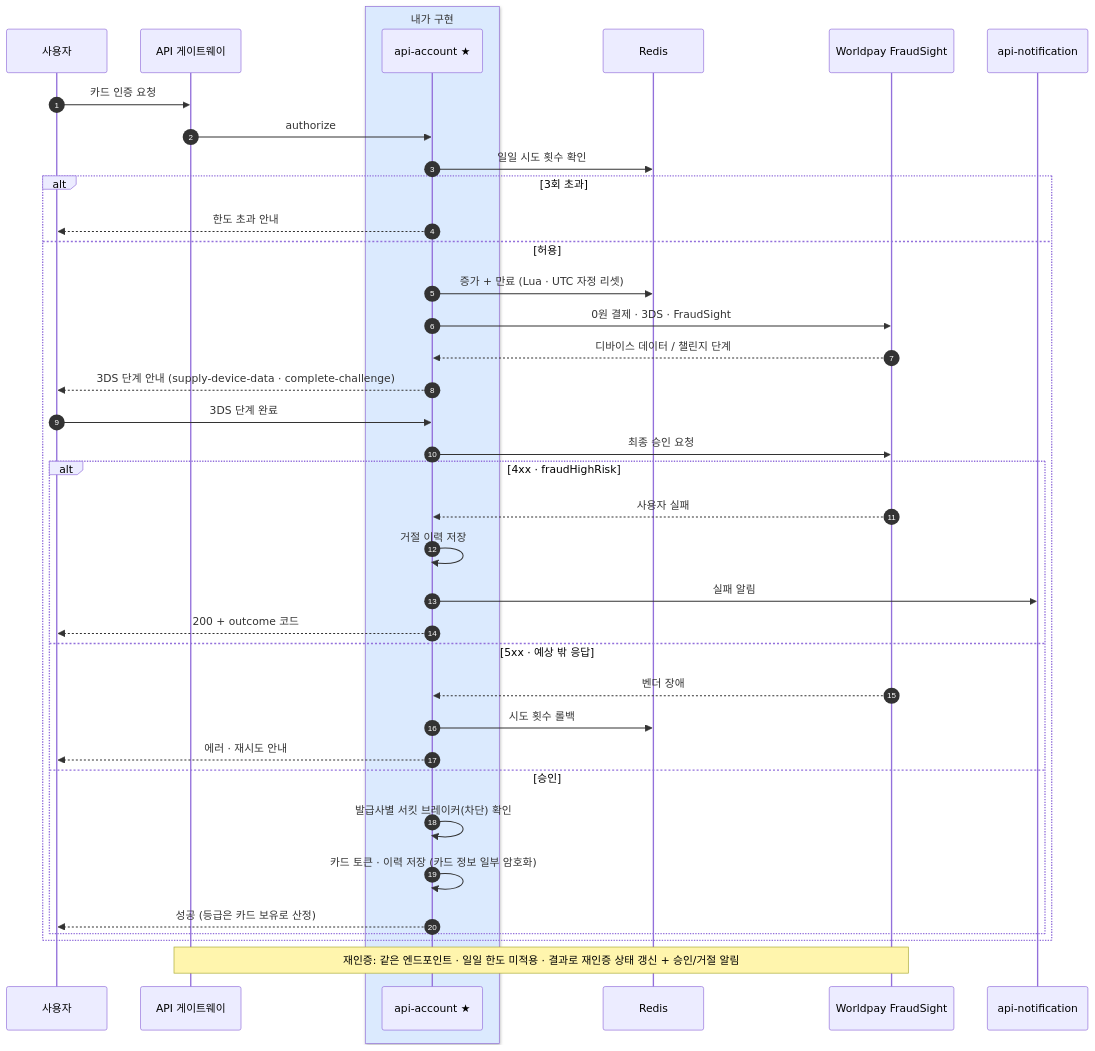
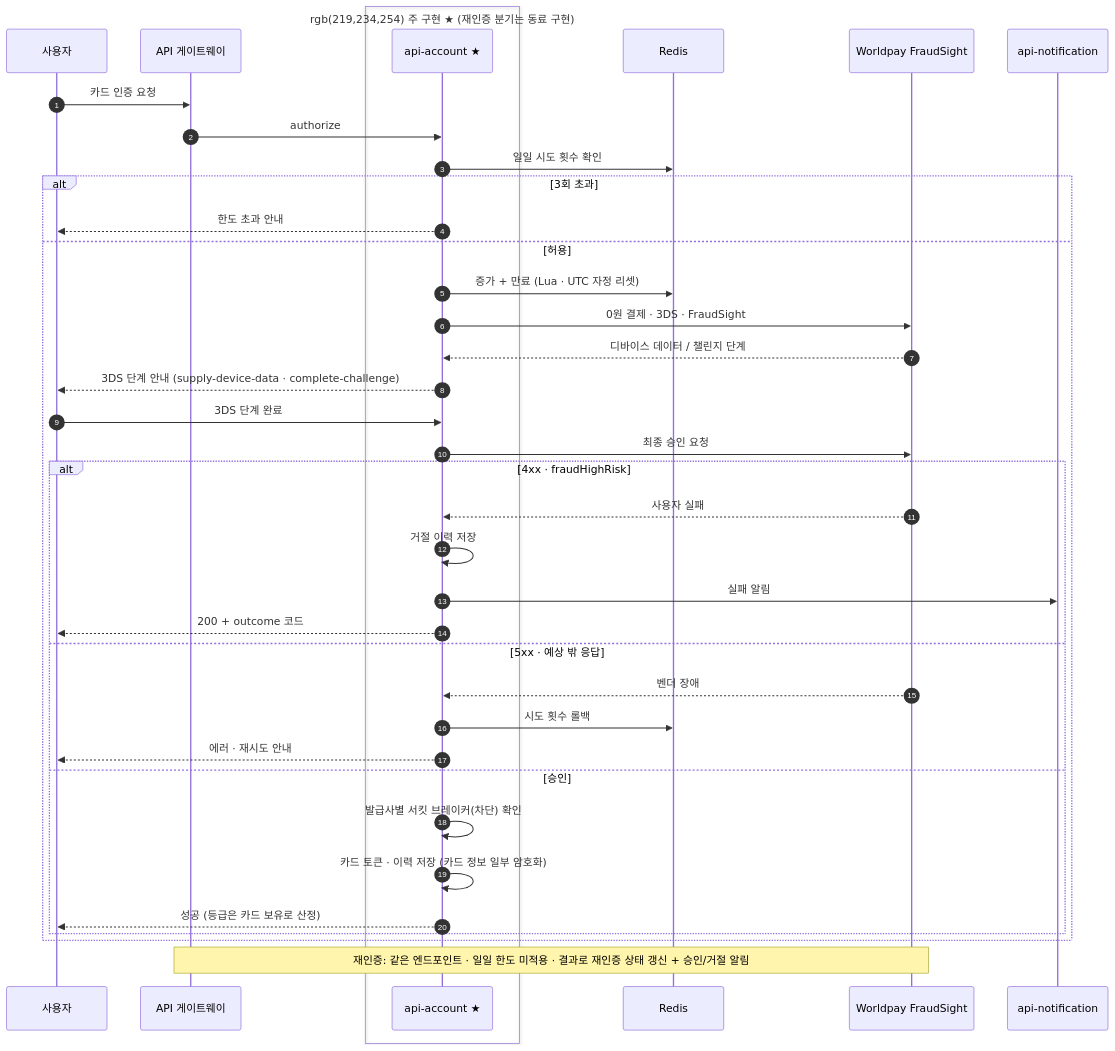
One commit to shalwxy/career changed the diagram in content/diagrams/creditcard.mmd. Above: the diagram before and after it, drawn with Mermaid. The commit also changed 18 other files, not shown here.

```diff
--- a/content/diagrams/creditcard.mmd
+++ b/content/diagrams/creditcard.mmd
@@ -1,40 +1,40 @@
 %% title: 신용카드 인증 · 재인증 — Worldpay 3DS
 %% title_en: Card verification · re-verification — Worldpay 3DS
 sequenceDiagram
     autonumber
     participant U as 사용자
     participant GW as API 게이트웨이
-    box rgb(219,234,254) 내가 구현
+    box rgb(219,234,254) 주 구현 ★ (재인증 분기는 동료 구현)
     participant A as api-account ★
     end
     participant R as Redis
     participant W as Worldpay FraudSight
     participant N as api-notification
     U->>GW: 카드 인증 요청
     GW->>A: authorize
     A->>R: 일일 시도 횟수 확인
     alt 3회 초과
         A-->>U: 한도 초과 안내
     else 허용
         A->>R: 증가 + 만료 (Lua · UTC 자정 리셋)
         A->>W: 0원 결제 · 3DS · FraudSight
         W-->>A: 디바이스 데이터 / 챌린지 단계
         A-->>U: 3DS 단계 안내 (supply-device-data · complete-challenge)
         U->>A: 3DS 단계 완료
         A->>W: 최종 승인 요청
         alt 4xx · fraudHighRisk
             W-->>A: 사용자 실패
             A->>A: 거절 이력 저장
             A->>N: 실패 알림
             A-->>U: 200 + outcome 코드
         else 5xx · 예상 밖 응답
             W-->>A: 벤더 장애
             A->>R: 시도 횟수 롤백
             A-->>U: 에러 · 재시도 안내
         else 승인
             A->>A: 발급사별 서킷 브레이커(차단) 확인
             A->>A: 카드 토큰 · 이력 저장 (카드 정보 일부 암호화)
             A-->>U: 성공 (등급은 카드 보유로 산정)
         end
     end
     note over GW,W: 재인증: 같은 엔드포인트 · 일일 한도 미적용 · 결과로 재인증 상태 갱신 + 승인/거절 알림
```
